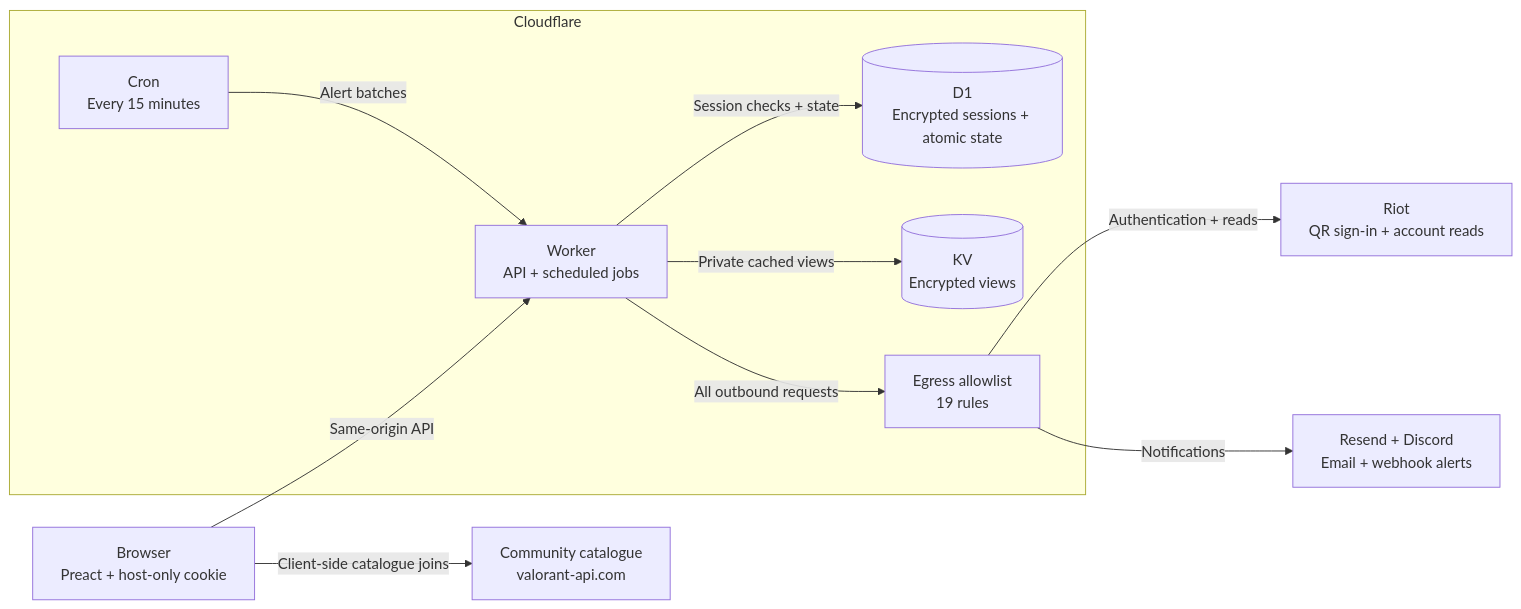
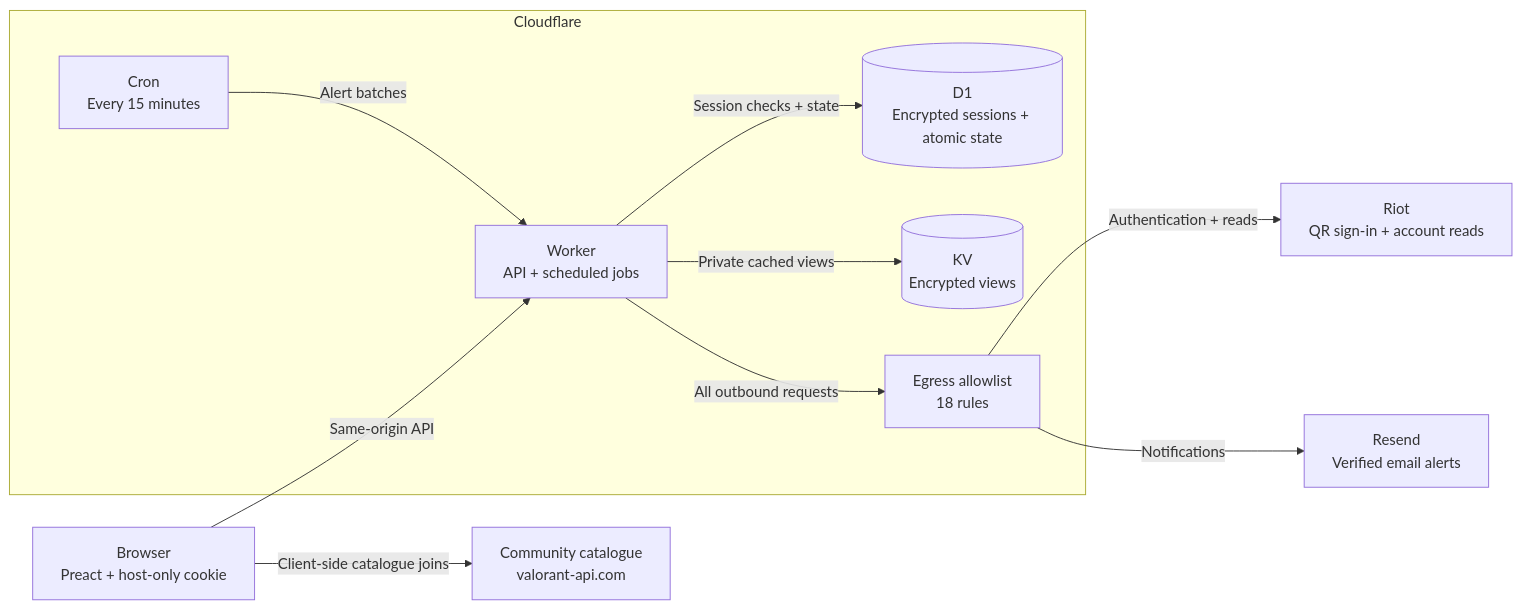
The diagram in README.md (NicolasV7/valoox), drawn with Mermaid before and after one commit. The commit also changed other lines of this file and 29 other files, not shown here.

First line of the commit message:
refactor: alerts use verified email only

````diff
--- a/README.md
+++ b/README.md
@@ -32,24 +32,24 @@
 ```mermaid
 flowchart LR
   B["Browser<br/>Preact + host-only cookie"]
   C["Community catalogue<br/>valorant-api.com"]
   R["Riot<br/>QR sign-in + account reads"]
-  N["Resend + Discord<br/>Email + webhook alerts"]
+  N["Resend<br/>Verified email alerts"]
 
   subgraph CF["Cloudflare"]
     W["Worker<br/>API + scheduled jobs"]
     D[("D1<br/>Encrypted sessions + atomic state")]
     K[("KV<br/>Encrypted views")]
-    A["Egress allowlist<br/>19 rules"]
+    A["Egress allowlist<br/>18 rules"]
     T["Cron<br/>Every 15 minutes"]
   end
 
   B -->|Same-origin API| W
   B -->|Client-side catalogue joins| C
   W -->|Session checks + state| D
   W -->|Private cached views| K
   T -->|Alert batches| W
   W -->|All outbound requests| A
   A -->|Authentication + reads| R
   A -->|Notifications| N
 ```
````
